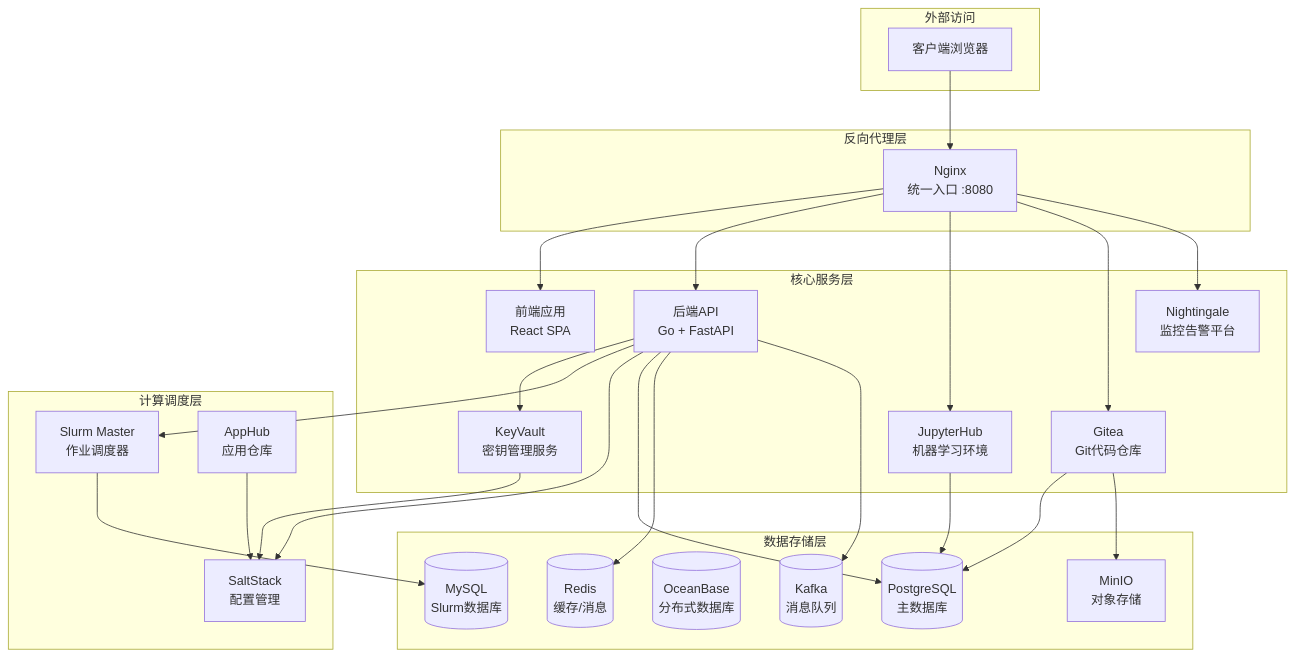
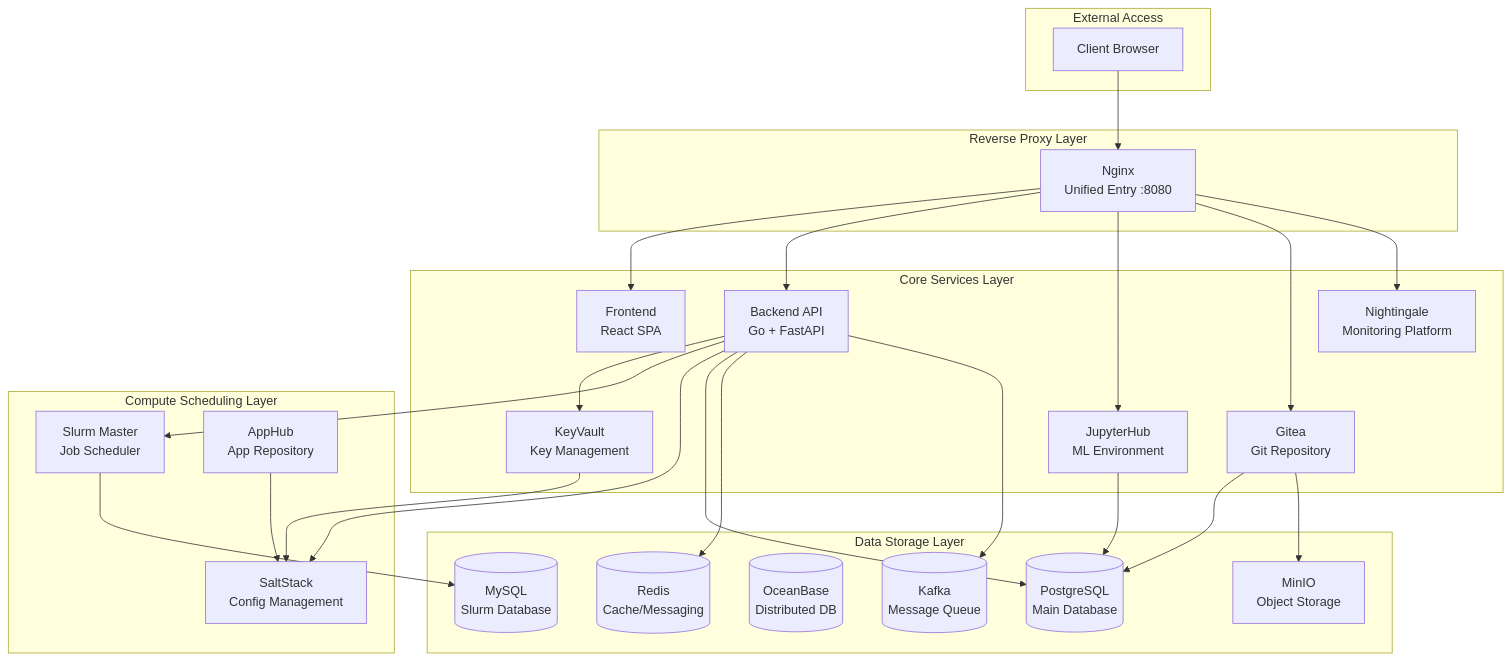
Before and after one commit to aresnasa/ai-infra-matrix: the first of 2 diagrams in README.md, drawn with Mermaid. The commit also changed other lines of this file and 36 other files, not shown here.

````diff
--- a/README.md
+++ b/README.md
@@ -45,55 +46,55 @@
 ```mermaid
 graph TB
-    subgraph "外部访问"
-        Client[客户端浏览器]
+    subgraph "External Access"
+        Client[Client Browser]
     end
     
-    subgraph "反向代理层"
-        Nginx[Nginx<br/>统一入口 :8080]
+    subgraph "Reverse Proxy Layer"
+        Nginx[Nginx<br/>Unified Entry :8080]
     end
     
-    subgraph "核心服务层"
-        Frontend[前端应用<br/>React SPA]
-        Backend[后端API<br/>Go + FastAPI]
-        KeyVault[KeyVault<br/>密钥管理服务]
-        JupyterHub[JupyterHub<br/>机器学习环境]
-        Gitea[Gitea<br/>Git代码仓库]
-        Nightingale[Nightingale<br/>监控告警平台]
+    subgraph "Core Services Layer"
+        Frontend[Frontend<br/>React SPA]
+        Backend[Backend API<br/>Go + FastAPI]
+        KeyVault[KeyVault<br/>Key Management]
+        JupyterHub[JupyterHub<br/>ML Environment]
+        Gitea[Gitea<br/>Git Repository]
+        Nightingale[Nightingale<br/>Monitoring Platform]
     end
     
-    subgraph "计算调度层"
-        SlurmMaster[Slurm Master<br/>作业调度器]
-        SaltStack[SaltStack<br/>配置管理]
-        AppHub[AppHub<br/>应用仓库]
+    subgraph "Compute Scheduling Layer"
+        SlurmMaster[Slurm Master<br/>Job Scheduler]
+        SaltStack[SaltStack<br/>Config Management]
+        AppHub[AppHub<br/>App Repository]
     end
     
-    subgraph "数据存储层"
-        Postgres[(PostgreSQL<br/>主数据库)]
-        MySQL[(MySQL<br/>Slurm数据库)]
-        OceanBase[(OceanBase<br/>分布式数据库)]
-        Redis[(Redis<br/>缓存/消息)]
-        Kafka[(Kafka<br/>消息队列)]
-        MinIO[MinIO<br/>对象存储]
+    subgraph "Data Storage Layer"
+        Postgres[(PostgreSQL<br/>Main Database)]
+        MySQL[(MySQL<br/>Slurm Database)]
+        OceanBase[(OceanBase<br/>Distributed DB)]
+        Redis[(Redis<br/>Cache/Messaging)]
+        Kafka[(Kafka<br/>Message Queue)]
+        MinIO[MinIO<br/>Object Storage]
     end
     
     Client --> Nginx
     Nginx --> Frontend
     Nginx --> Backend
     Nginx --> JupyterHub
     Nginx --> Gitea
     Nginx --> Nightingale
     
     Backend --> KeyVault
     Backend --> SlurmMaster
     Backend --> SaltStack
     Backend --> Postgres
     Backend --> Redis
     Backend --> Kafka
     
     KeyVault --> SaltStack
     JupyterHub --> Postgres
     Gitea --> Postgres
     Gitea --> MinIO
     SlurmMaster --> MySQL
     AppHub --> SaltStack
 ```
````
